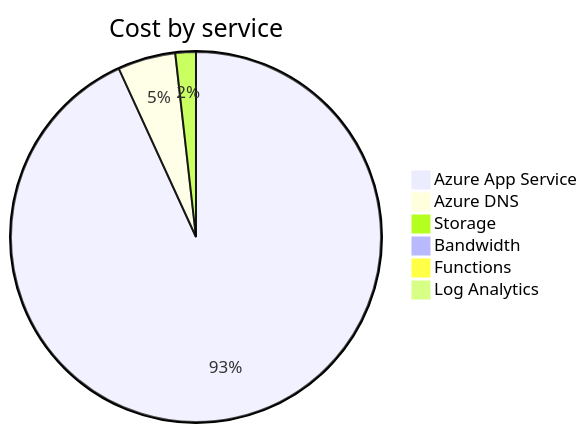
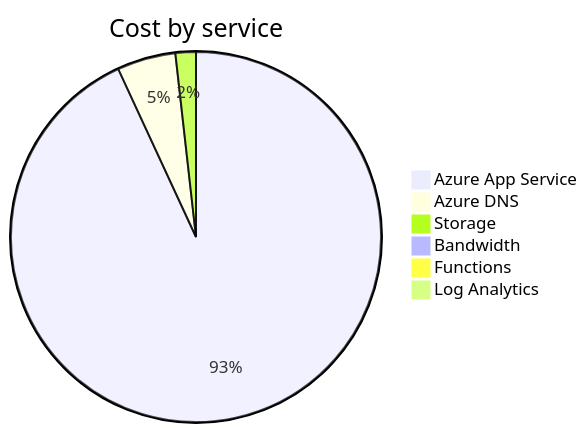
One commit to jpfulton/azure-personal-reports changed the second of 4 diagrams in cost-reports/accumulated-cost.md. Above: the diagram before and after it, drawn with Mermaid. The commit also changed other lines of this file and 4 other files, not shown here.

````diff
--- a/cost-reports/accumulated-cost.md
+++ b/cost-reports/accumulated-cost.md
@@ -100,10 +100,10 @@
 ```mermaid
 pie
    title Cost by service
-   "Azure App Service" : 11.44
-   "Azure DNS" : 0.62
-   "Storage" : 0.22
+   "Azure App Service" : 12.01
+   "Azure DNS" : 0.66
+   "Storage" : 0.23
    "Bandwidth" : 0.00
    "Functions" : 0.00
    "Log Analytics" : 0.00
 ```
````
